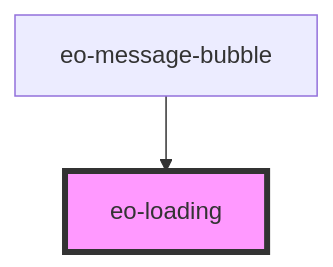
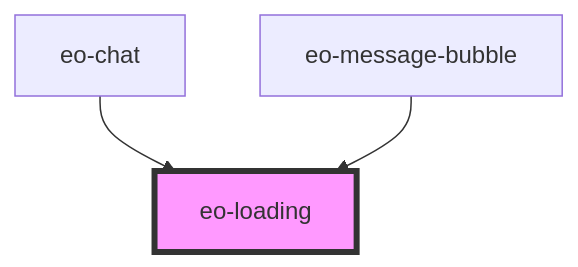
Before and after one commit to EvidenceOne/evidenceone-chat-widget: the diagram in src/components/eo-loading/readme.md, drawn with Mermaid. The commit also changed other lines of this file and 10 other files, not shown here.

````diff
--- a/src/components/eo-loading/readme.md
+++ b/src/components/eo-loading/readme.md
@@ -15,5 +16,6 @@
 ```mermaid
 graph TD;
+  eo-chat --> eo-loading
   eo-message-bubble --> eo-loading
   style eo-loading fill:#f9f,stroke:#333,stroke-width:4px
 ```
````
